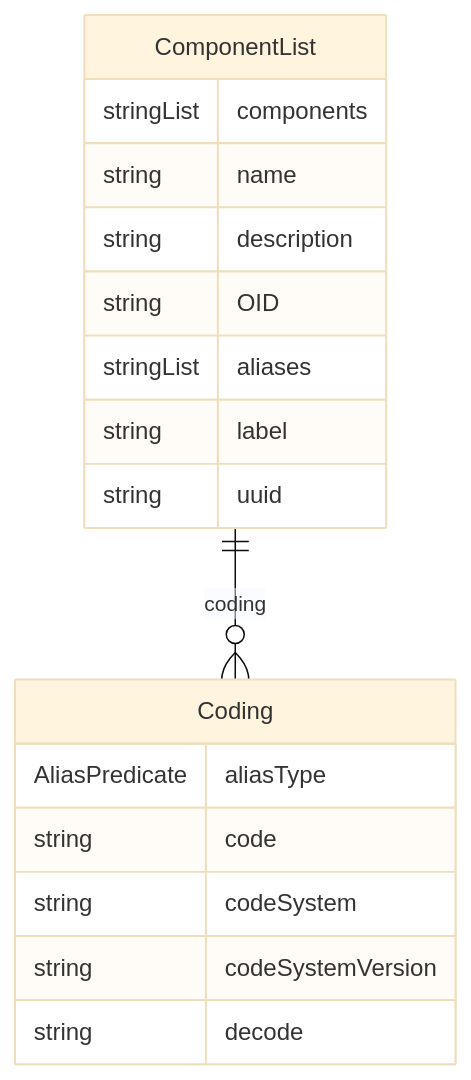
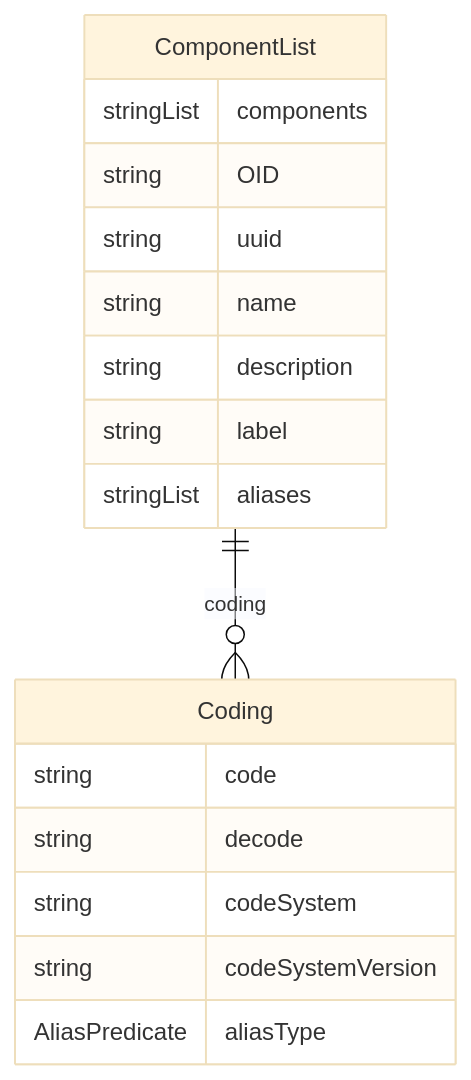
One commit to cdisc-org/DataExchange-DDS changed the diagram in docs/classes/ComponentList.md. Above: the diagram before and after it, drawn with Mermaid (base theme). The commit also changed other lines of this file and 313 other files, not shown here.

````diff
--- a/docs/classes/ComponentList.md
+++ b/docs/classes/ComponentList.md
@@ -20,22 +15,22 @@
 ```mermaid
 erDiagram
+ComponentList {
+    stringList components  
+    string OID  
+    string uuid  
+    string name  
+    string description  
+    string label  
+    stringList aliases  
+}
 Coding {
-    AliasPredicate aliasType  
     string code  
+    string decode  
     string codeSystem  
     string codeSystemVersion  
-    string decode  
-}
-ComponentList {
-    stringList components  
-    string name  
-    string description  
-    string OID  
-    stringList aliases  
-    string label  
-    string uuid  
+    AliasPredicate aliasType  
 }
 
 ComponentList ||--}o Coding : "coding"
 
 ```
````
